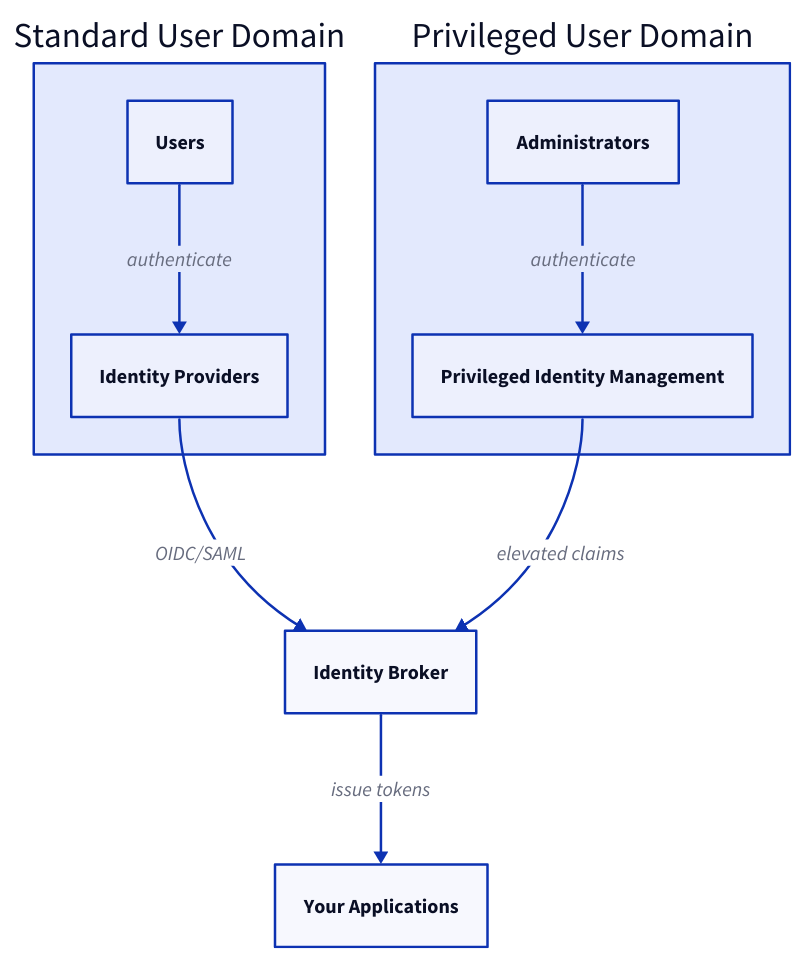
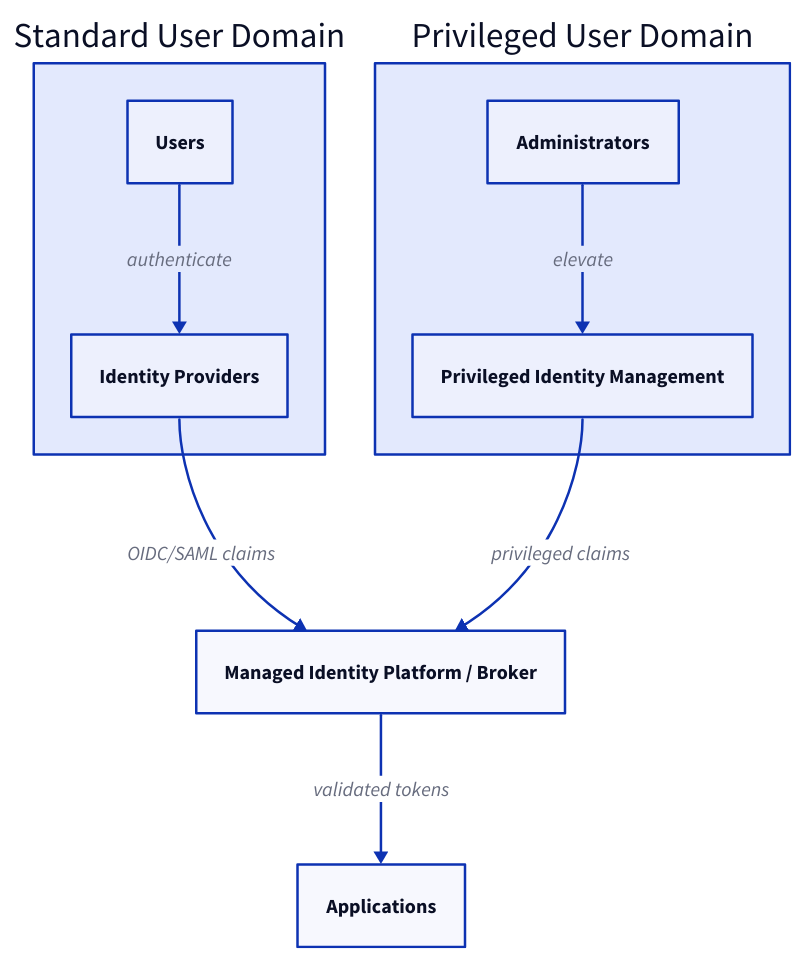
The diagram in reference-architectures/identity-management.md (wagov-dtt/architecture-decision-records), drawn with D2 before and after one commit. The commit also changed other lines of this file and 11 other files, not shown here.

````diff
--- a/reference-architectures/identity-management.md
+++ b/reference-architectures/identity-management.md
@@ -33,23 +43,22 @@
 ```d2
 direction: down
 
 standard: Standard User Domain {
   users: Users
   providers: Identity Providers
 }
 
 privileged: Privileged User Domain {
   admins: Administrators
   pim: Privileged Identity Management
 }
 
-broker: Identity Broker
+platform: Managed Identity Platform / Broker
+apps: Applications
 
 standard.users -> standard.providers: authenticate
-standard.providers -> broker: OIDC/SAML
-privileged.admins -> privileged.pim: authenticate
-privileged.pim -> broker: elevated claims
-broker -> apps: issue tokens
-
-apps: Your Applications
+standard.providers -> platform: OIDC/SAML claims
+privileged.admins -> privileged.pim: elevate
+privileged.pim -> platform: privileged claims
+platform -> apps: validated tokens
 ```
````
